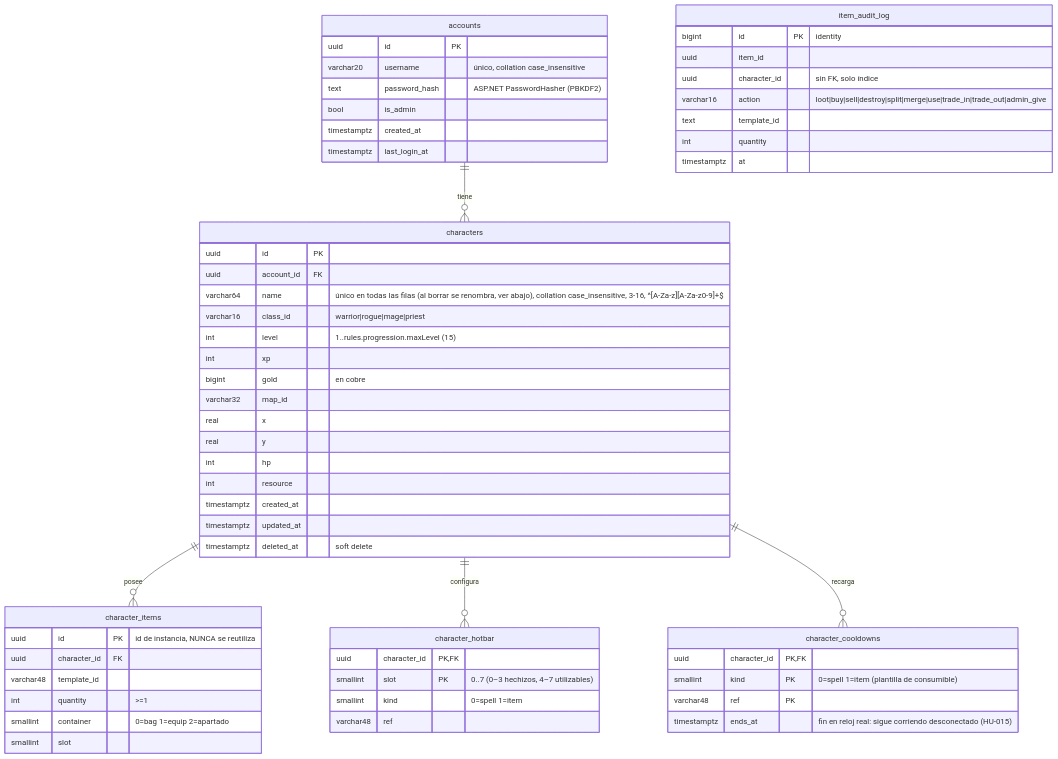
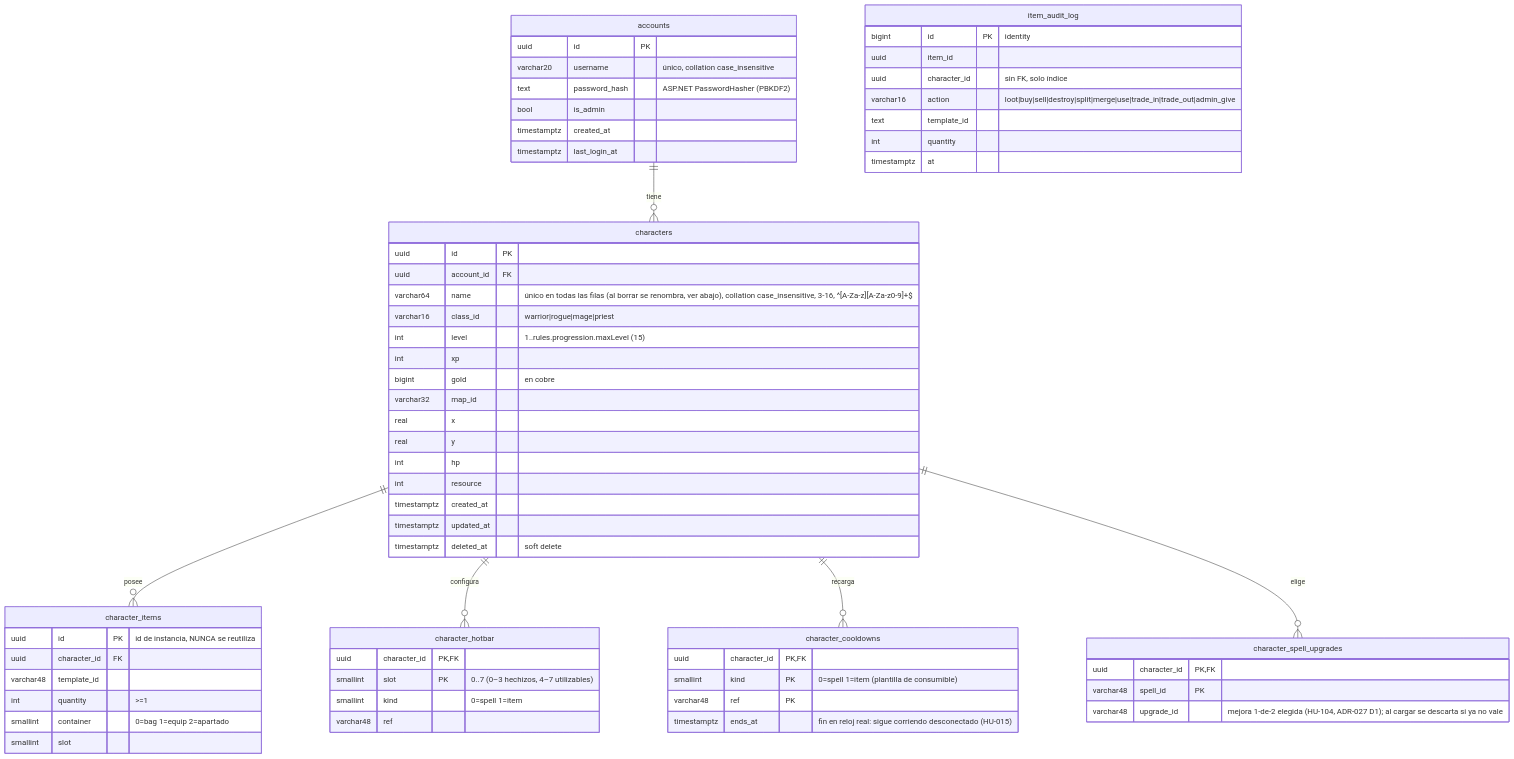
Before and after one commit to Seem1019/PixelRealms: the diagram in docs/database.md, drawn with Mermaid. The commit also changed other lines of this file and 13 other files, not shown here.

````diff
--- a/docs/database.md
+++ b/docs/database.md
@@ -8,61 +8,67 @@
 ```mermaid
 erDiagram
   accounts ||--o{ characters : tiene
   characters ||--o{ character_items : posee
   characters ||--o{ character_hotbar : configura
   characters ||--o{ character_cooldowns : recarga
+  characters ||--o{ character_spell_upgrades : elige
   accounts {
     uuid id PK
     varchar20 username "único, collation case_insensitive"
     text password_hash "ASP.NET PasswordHasher (PBKDF2)"
     bool is_admin
     timestamptz created_at
     timestamptz last_login_at
   }
   characters {
     uuid id PK
     uuid account_id FK
     varchar64 name "único en todas las filas (al borrar se renombra, ver abajo), collation case_insensitive, 3-16, ^[A-Za-z][A-Za-z0-9]+$"
     varchar16 class_id "warrior|rogue|mage|priest"
     int level "1..rules.progression.maxLevel (15)"
     int xp
     bigint gold "en cobre"
     varchar32 map_id
     real x
     real y
     int hp
     int resource
     timestamptz created_at
     timestamptz updated_at
     timestamptz deleted_at "soft delete"
   }
   character_items {
     uuid id PK "id de instancia, NUNCA se reutiliza"
     uuid character_id FK
     varchar48 template_id
     int quantity ">=1"
     smallint container "0=bag 1=equip 2=apartado"
     smallint slot
   }
   character_hotbar {
     uuid character_id PK,FK
     smallint slot PK "0..7 (0–3 hechizos, 4–7 utilizables)"
     smallint kind "0=spell 1=item"
     varchar48 ref
   }
   character_cooldowns {
     uuid character_id PK,FK
     smallint kind PK "0=spell 1=item (plantilla de consumible)"
     varchar48 ref PK
     timestamptz ends_at "fin en reloj real: sigue corriendo desconectado (HU-015)"
   }
+  character_spell_upgrades {
+    uuid character_id PK,FK
+    varchar48 spell_id PK
+    varchar48 upgrade_id "mejora 1-de-2 elegida (HU-104, ADR-027 D1); al cargar se descarta si ya no vale"
+  }
   item_audit_log {
     bigint id PK "identity"
     uuid item_id
     uuid character_id "sin FK, solo índice"
     varchar16 action "loot|buy|sell|destroy|split|merge|use|trade_in|trade_out|admin_give"
     text template_id
     int quantity
     timestamptz at
   }
 ```
````
